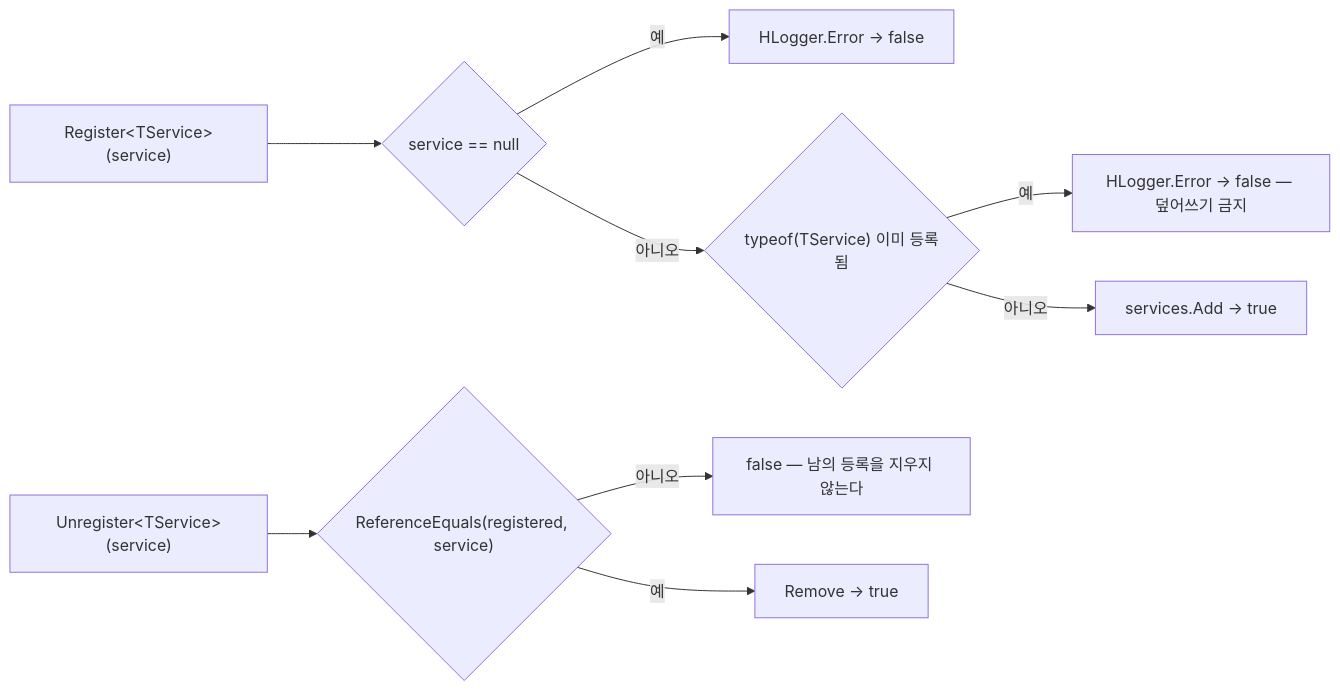
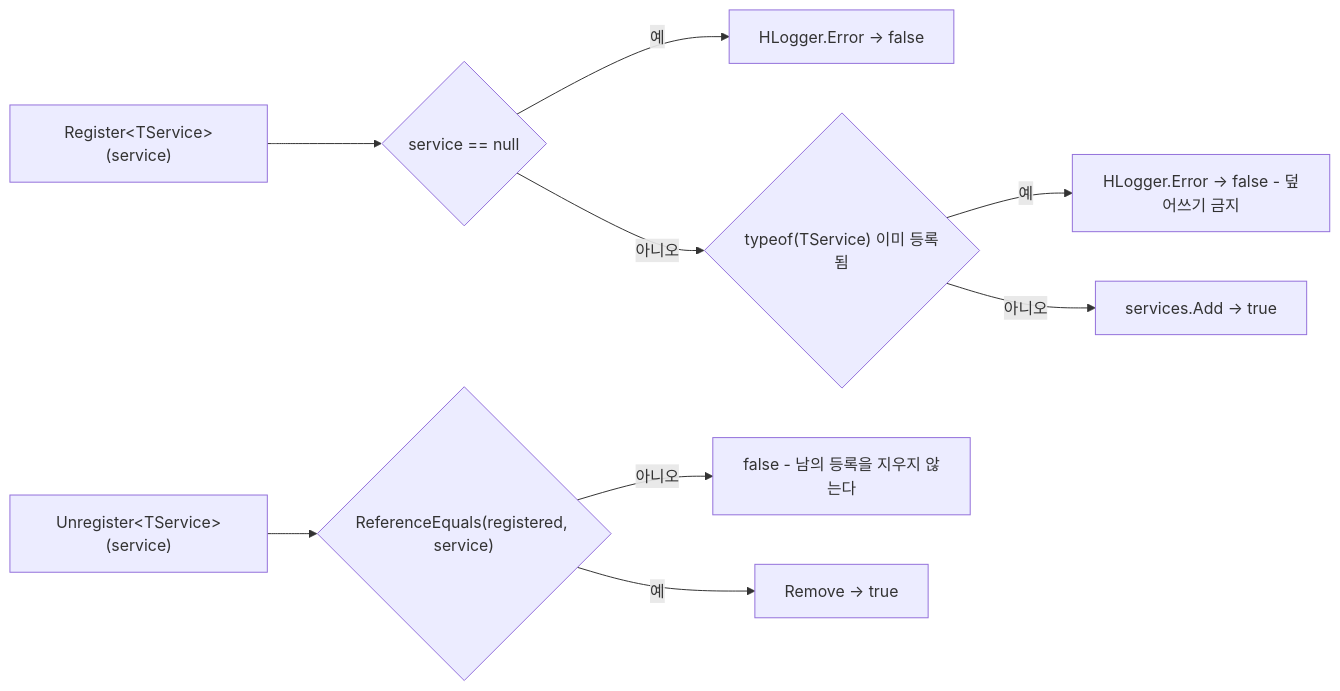
The second of 6 diagrams in HCore/Runtime/README.md (HoHong123/HCUP-Unity), drawn with Mermaid before and after one commit. The commit also changed other lines of this file, not shown here.

````diff
--- a/HCore/Runtime/README.md
+++ b/HCore/Runtime/README.md
@@ -129,11 +128,11 @@
 ```mermaid
 flowchart LR
     R["Register&lt;TService&gt;(service)"] --> C1{"service == null"}
     C1 -->|예| E1["HLogger.Error → false"]
     C1 -->|아니오| C2{"typeof(TService) 이미 등록됨"}
-    C2 -->|예| E2["HLogger.Error → false — 덮어쓰기 금지"]
+    C2 -->|예| E2["HLogger.Error → false - 덮어쓰기 금지"]
     C2 -->|아니오| OK["services.Add → true"]
     U["Unregister&lt;TService&gt;(service)"] --> C3{"ReferenceEquals(registered, service)"}
-    C3 -->|아니오| F["false — 남의 등록을 지우지 않는다"]
+    C3 -->|아니오| F["false - 남의 등록을 지우지 않는다"]
     C3 -->|예| D["Remove → true"]
 ```
````
